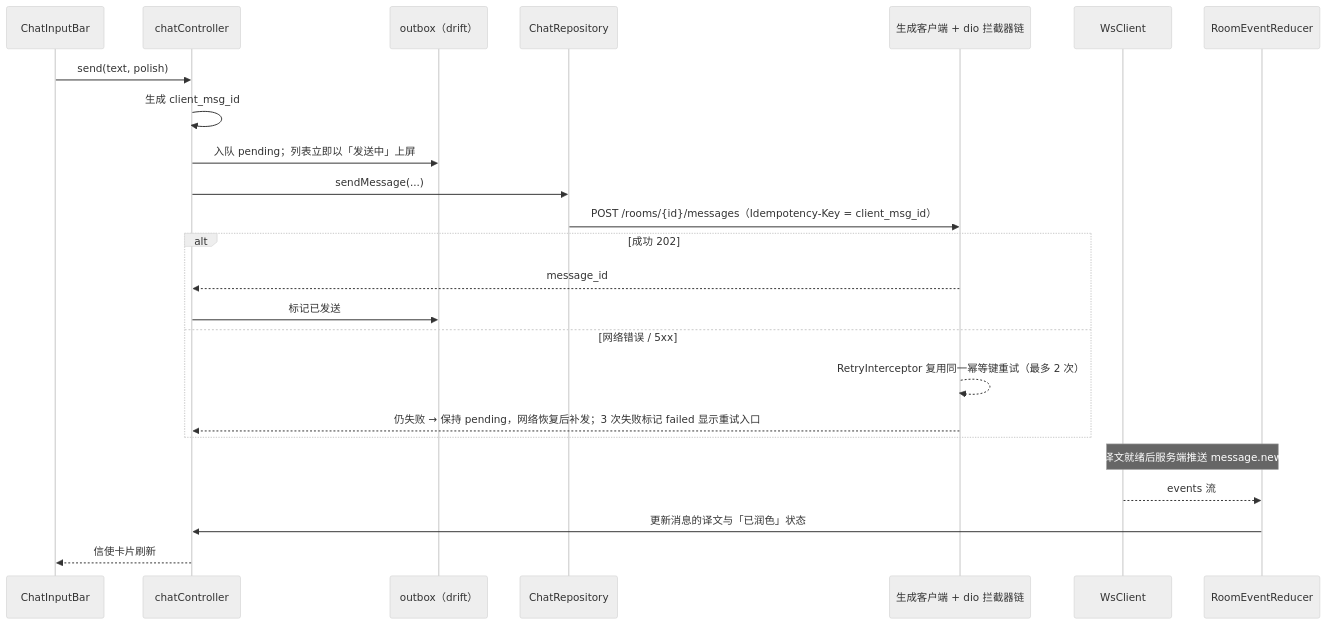
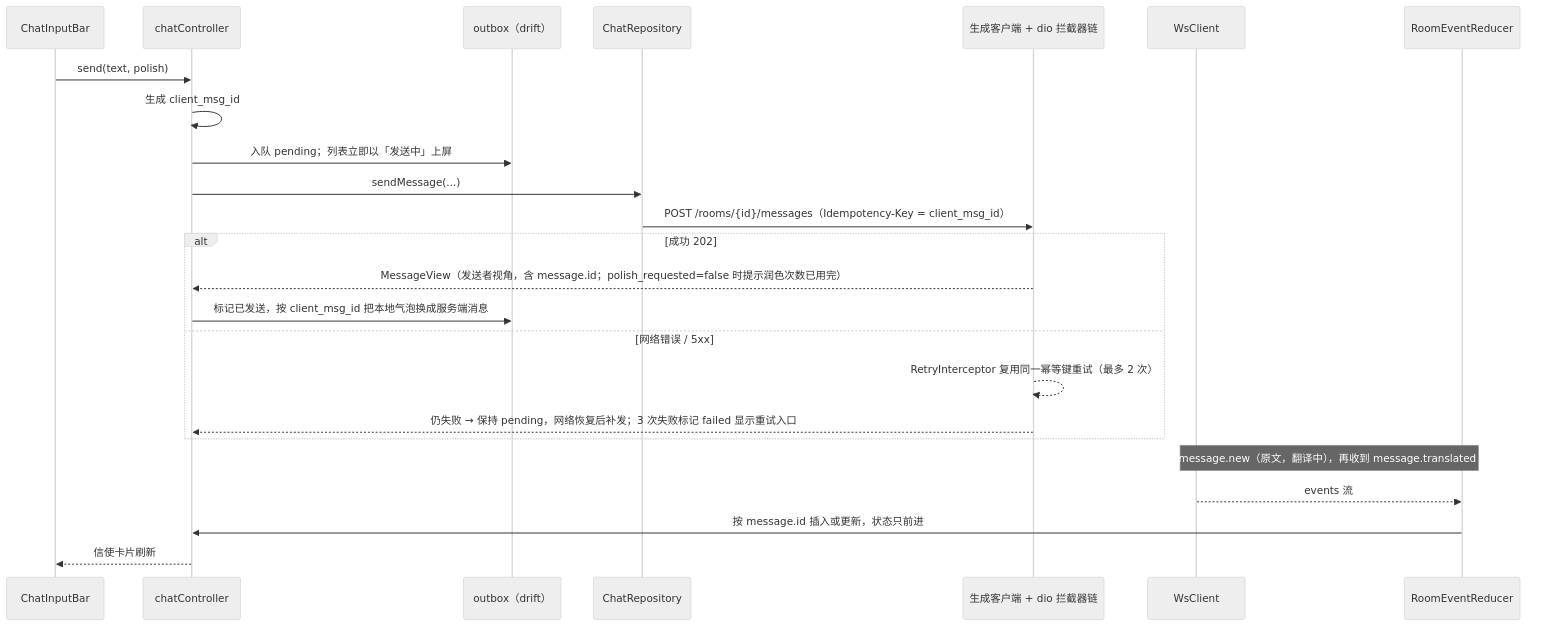
The fourth of 6 diagrams in 前端技术设计文档（TRD）：PetBridge（Flutter）.md (jinheng0301/PetBridge_frontend), drawn with Mermaid (neutral theme) before and after one commit. The commit also changed other lines of this file and 1 other file, not shown here.

Commit message:
docs(trd): bump frontend TRD to v1.9 for B5 message protocol

````diff
--- a/前端技术设计文档（TRD）：PetBridge（Flutter）.md
+++ b/前端技术设计文档（TRD）：PetBridge（Flutter）.md
@@ -231,27 +231,27 @@
 ```mermaid
 sequenceDiagram
     participant UI as ChatInputBar
     participant C as chatController
     participant O as outbox（drift）
     participant Repo as ChatRepository
     participant API as 生成客户端 + dio 拦截器链
     participant WS as WsClient
     participant Red as RoomEventReducer
 
     UI->>C: send(text, polish)
     C->>C: 生成 client_msg_id
     C->>O: 入队 pending；列表立即以「发送中」上屏
     C->>Repo: sendMessage(...)
     Repo->>API: POST /rooms/{id}/messages（Idempotency-Key = client_msg_id）
     alt 成功 202
-        API-->>C: message_id
-        C->>O: 标记已发送
+        API-->>C: MessageView（发送者视角，含 message.id；polish_requested=false 时提示润色次数已用完）
+        C->>O: 标记已发送，按 client_msg_id 把本地气泡换成服务端消息
     else 网络错误 / 5xx
         API-->>API: RetryInterceptor 复用同一幂等键重试（最多 2 次）
         API-->>C: 仍失败 → 保持 pending，网络恢复后补发；3 次失败标记 failed 显示重试入口
     end
-    Note over WS,Red: 译文就绪后服务端推送 message.new
+    Note over WS,Red: 接收者：先收到 message.new（原文，翻译中），再收到 message.translated（译文）（v1.9）
     WS-->>Red: events 流
-    Red->>C: 更新消息的译文与「已润色」状态
+    Red->>C: 按 message.id 插入或更新，状态只前进
     C-->>UI: 信使卡片刷新
 ```
````
